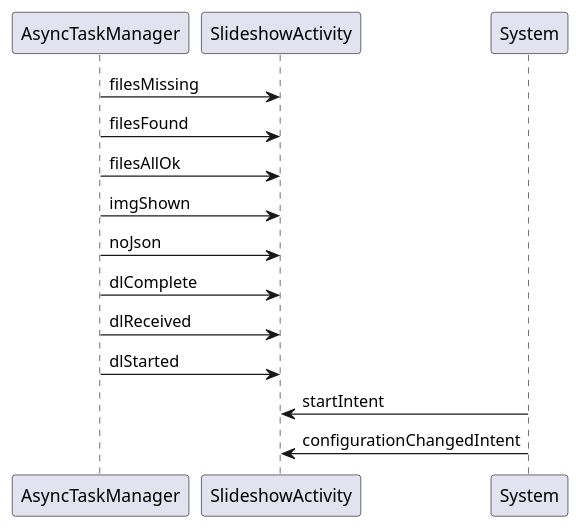
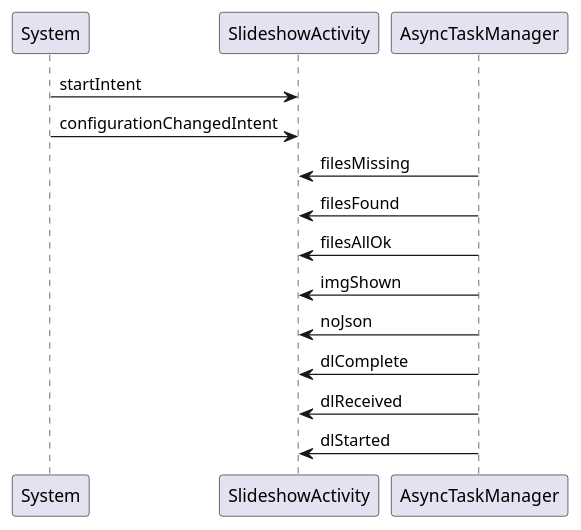
One commit to tuxun/nosedive changed the diagram in nosedive/intent diagram.puml. Above: the diagram before and after it, drawn with PlantUML. The commit also changed other lines of this file and 1 other file, not shown here.

```diff
--- a/nosedive/intent diagram.puml
+++ b/nosedive/intent diagram.puml
@@ -1,19 +1,19 @@
 @startuml
+
+
+System->SlideshowActivity: startIntent
+System->SlideshowActivity: configurationChangedIntent
 AsyncTaskManager->SlideshowActivity: filesMissing
 AsyncTaskManager->SlideshowActivity: filesFound
 AsyncTaskManager->SlideshowActivity: filesAllOk
 
 AsyncTaskManager->SlideshowActivity: imgShown
 AsyncTaskManager->SlideshowActivity: noJson
 
 AsyncTaskManager->SlideshowActivity: dlComplete
 AsyncTaskManager->SlideshowActivity: dlReceived
 AsyncTaskManager->SlideshowActivity: dlStarted
 
 
 
-System->SlideshowActivity: startIntent
-System->SlideshowActivity: configurationChangedIntent
-
-
 @enduml
```
